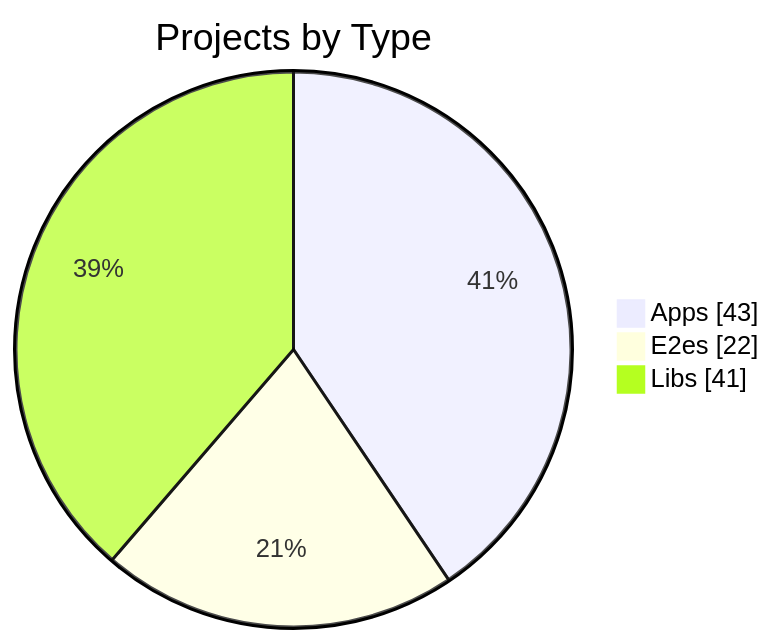
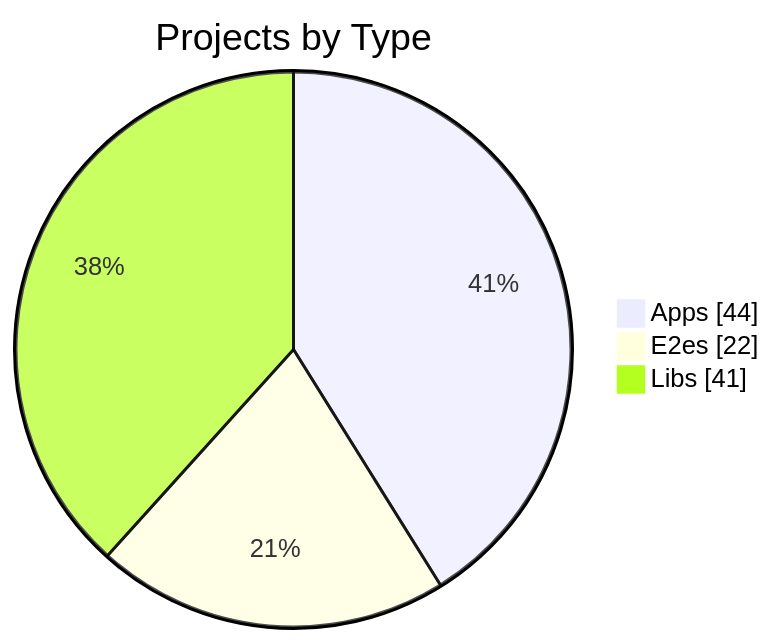
One commit to KBVE/kbve changed the first of 3 diagrams in apps/kbve/astro-kbve/src/content/docs/dashboard/graph.mdx. Above: the diagram before and after it, drawn with Mermaid. The commit also changed other lines of this file and 8 other files, not shown here.

````diff
--- a/apps/kbve/astro-kbve/src/content/docs/dashboard/graph.mdx
+++ b/apps/kbve/astro-kbve/src/content/docs/dashboard/graph.mdx
@@ -56,7 +56,7 @@
 ```mermaid
 pie showData
     title Projects by Type
-    "Apps" : 43
+    "Apps" : 44
     "E2es" : 22
     "Libs" : 41
 ```
````
